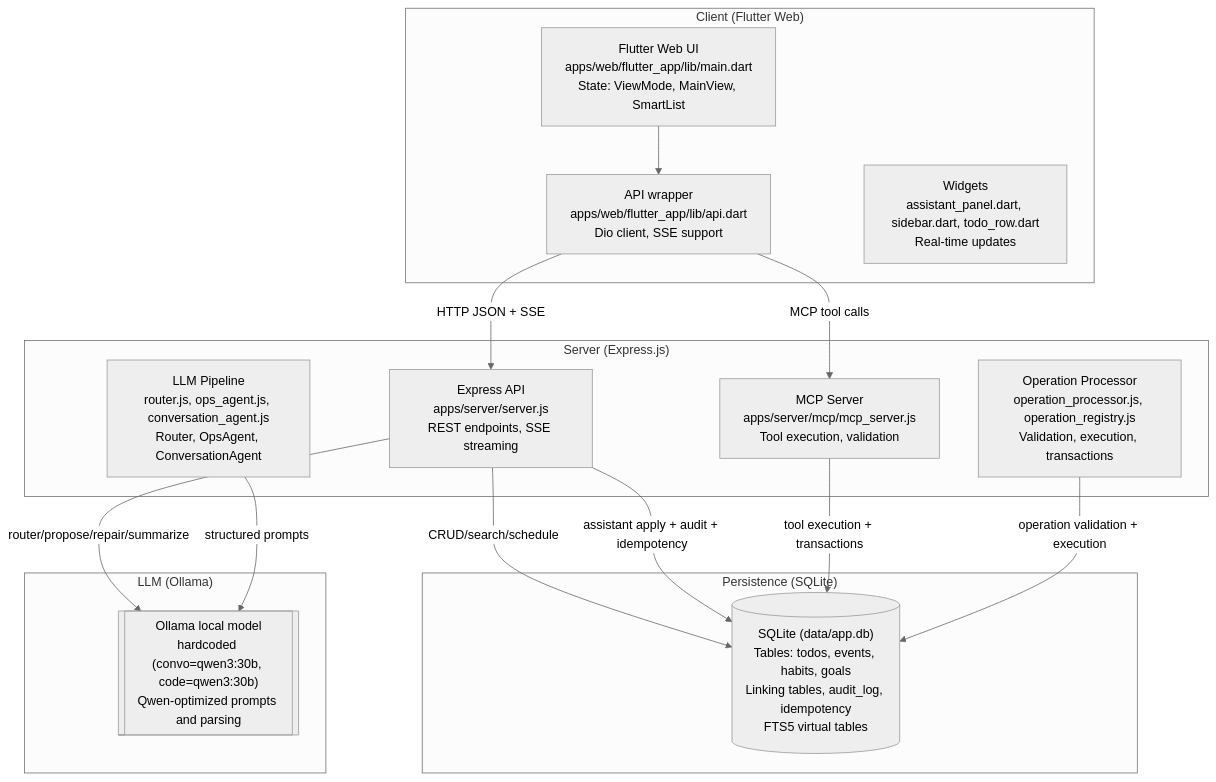
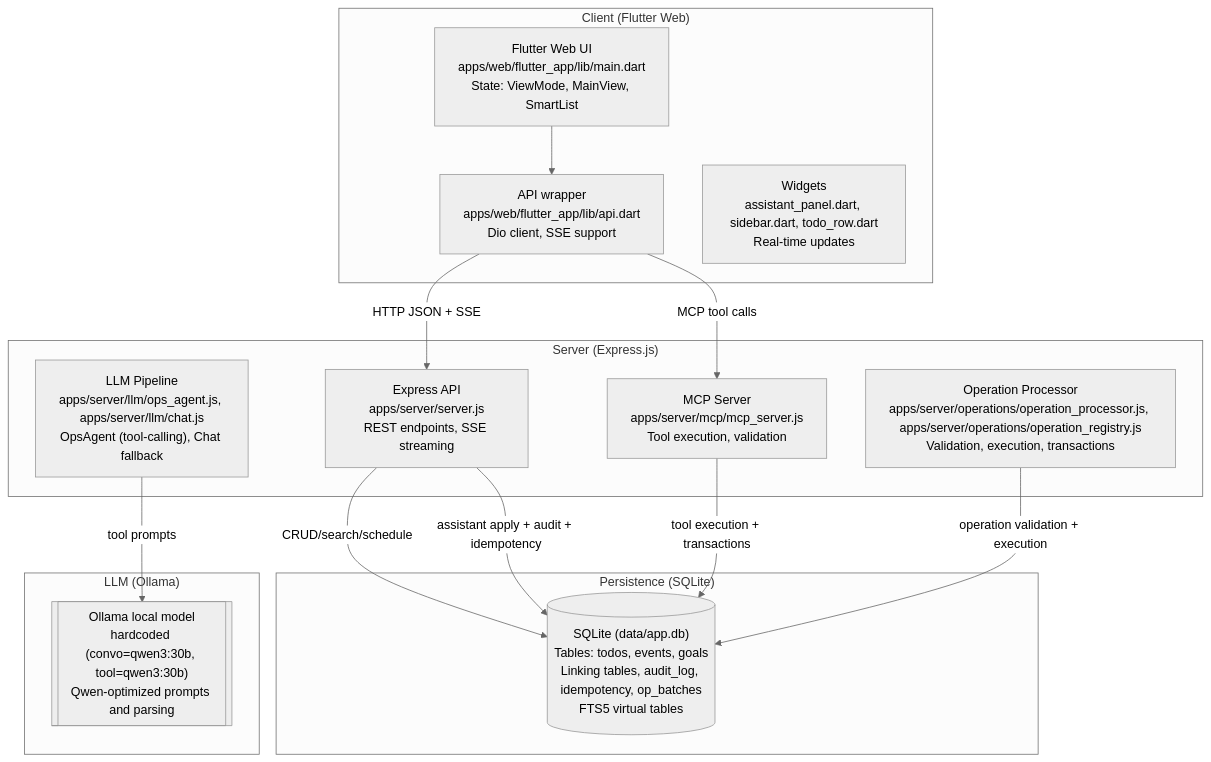
Before and after one commit to dantheman454/habit_app: the first of 2 diagrams in docs/mindmap/README.md, drawn with Mermaid (neutral theme). The commit also changed other lines of this file and 37 other files, not shown here.

First line of the commit message:
refactor: remove habits functionality and update model references

````diff
--- a/docs/mindmap/README.md
+++ b/docs/mindmap/README.md
@@ -7,30 +7,29 @@
 ```mermaid
 graph TD
   subgraph "Client (Flutter Web)"
     A["Flutter Web UI\napps/web/flutter_app/lib/main.dart\nState: ViewMode, MainView, SmartList"]
     A2["API wrapper\napps/web/flutter_app/lib/api.dart\nDio client, SSE support"]
     A3["Widgets\nassistant_panel.dart, sidebar.dart, todo_row.dart\nReal-time updates"]
   end
   subgraph "Server (Express.js)"
     B["Express API\napps/server/server.js\nREST endpoints, SSE streaming"]
     B2["MCP Server\napps/server/mcp/mcp_server.js\nTool execution, validation"]
-    B3["LLM Pipeline\nrouter.js, ops_agent.js, conversation_agent.js\nRouter, OpsAgent, ConversationAgent"]
-    B4["Operation Processor\noperation_processor.js, operation_registry.js\nValidation, execution, transactions"]
+    B3["LLM Pipeline\napps/server/llm/ops_agent.js, apps/server/llm/chat.js\nOpsAgent (tool-calling), Chat fallback"]
+    B4["Operation Processor\napps/server/operations/operation_processor.js, apps/server/operations/operation_registry.js\nValidation, execution, transactions"]
   end
   subgraph "Persistence (SQLite)"
-    P[("SQLite (data/app.db)\nTables: todos, events, habits, goals\nLinking tables, audit_log, idempotency\nFTS5 virtual tables")]
+    P[("SQLite (data/app.db)\nTables: todos, events, goals\nLinking tables, audit_log, idempotency, op_batches\nFTS5 virtual tables")]
   end
   subgraph "LLM (Ollama)"
-    F[["Ollama local model\nhardcoded (convo=qwen3:30b, code=qwen3:30b)\nQwen-optimized prompts and parsing"]]
+    F[["Ollama local model\nhardcoded (convo=qwen3:30b, tool=qwen3:30b)\nQwen-optimized prompts and parsing"]]
   end
 
   A --> A2
   A2 -->|"HTTP JSON + SSE"| B
   A2 -->|"MCP tool calls"| B2
   B -->|"CRUD/search/schedule"| P
   B -->|"assistant apply + audit + idempotency"| P
-  B -->|"router/propose/repair/summarize"| F
+  B3 -->|"tool prompts"| F
   B2 -->|"tool execution + transactions"| P
-  B3 -->|"structured prompts"| F
   B4 -->|"operation validation + execution"| P
 ```
````
